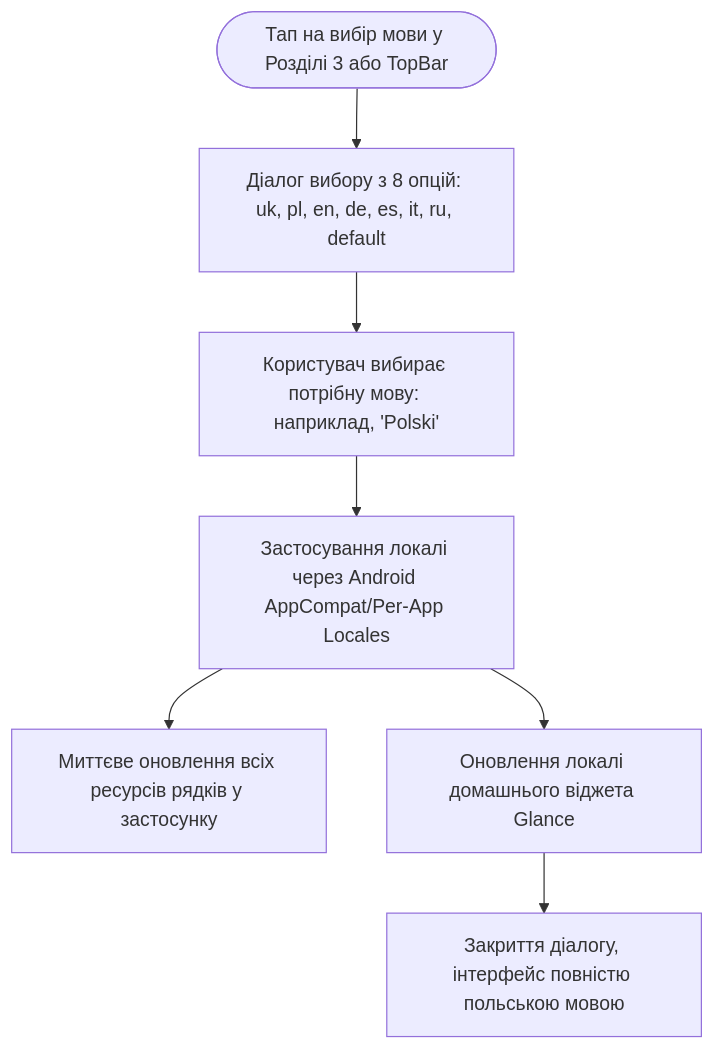
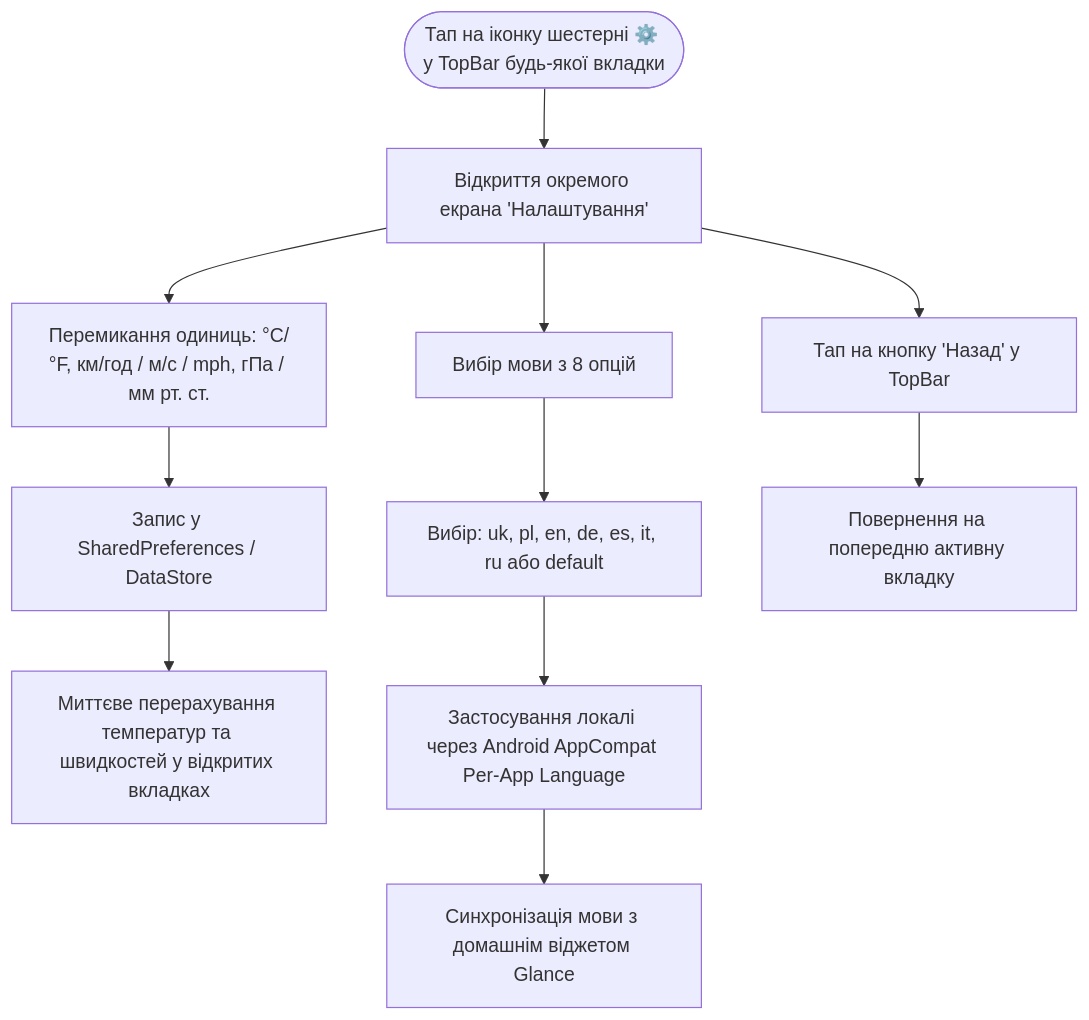
The seventh of 10 diagrams in docs/ux/USER_FLOWS.md (SaVoJ13/wather), drawn with Mermaid before and after one commit. The commit also changed other lines of this file and 10 other files, not shown here.

````diff
--- a/docs/ux/USER_FLOWS.md
+++ b/docs/ux/USER_FLOWS.md
@@ -323,9 +358,16 @@
 ```mermaid
 flowchart TD
-    OpenSettings([Тап на вибір мови у Розділі 3 або TopBar]) --> ShowDialog[Діалог вибору з 8 опцій: uk, pl, en, de, es, it, ru, default]
-    ShowDialog --> SelectLang[Користувач вибирає потрібну мову: наприклад, 'Polski']
-    SelectLang --> ApplyLocale[Застосування локалі через Android AppCompat/Per-App Locales]
-    ApplyLocale --> RecreateStrings[Миттєве оновлення всіх ресурсів рядків у застосунку]
-    ApplyLocale --> SyncWidgetLocale[Оновлення локалі домашнього віджета Glance]
-    SyncWidgetLocale --> CloseDialog[Закриття діалогу, інтерфейс повністю польською мовою]
+    OpenSettings([Тап на іконку шестерні ⚙️ у TopBar будь-якої вкладки]) --> OpenSettingsScreen[Відкриття окремого екрана 'Налаштування']
+    
+    OpenSettingsScreen --> SwitchUnits[Перемикання одиниць: °C/°F, км/год / м/с / mph, гПа / мм рт. ст.]
+    SwitchUnits --> SavePrefs[Запис у SharedPreferences / DataStore]
+    SavePrefs --> RecomputeUI[Миттєве перерахування температур та швидкостей у відкритих вкладках]
+    
+    OpenSettingsScreen --> TapLanguage[Вибір мови з 8 опцій]
+    TapLanguage --> SelectOption[Вибір: uk, pl, en, de, es, it, ru або default]
+    SelectOption --> ApplyPerAppLocale[Застосування локалі через Android AppCompat Per-App Language]
+    ApplyPerAppLocale --> SyncWidget[Синхронізація мови з домашнім віджетом Glance]
+    
+    OpenSettingsScreen --> TapBack[Тап на кнопку 'Назад' у TopBar]
+    TapBack --> ReturnToPreviousTab[Повернення на попередню активну вкладку]
 ```
````
